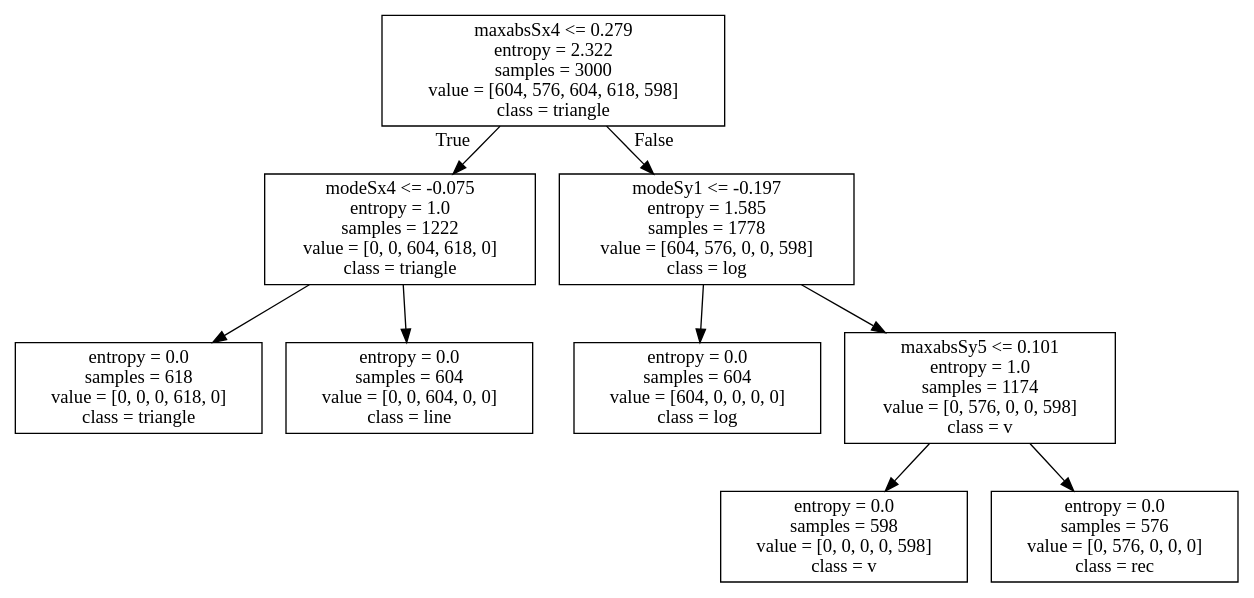
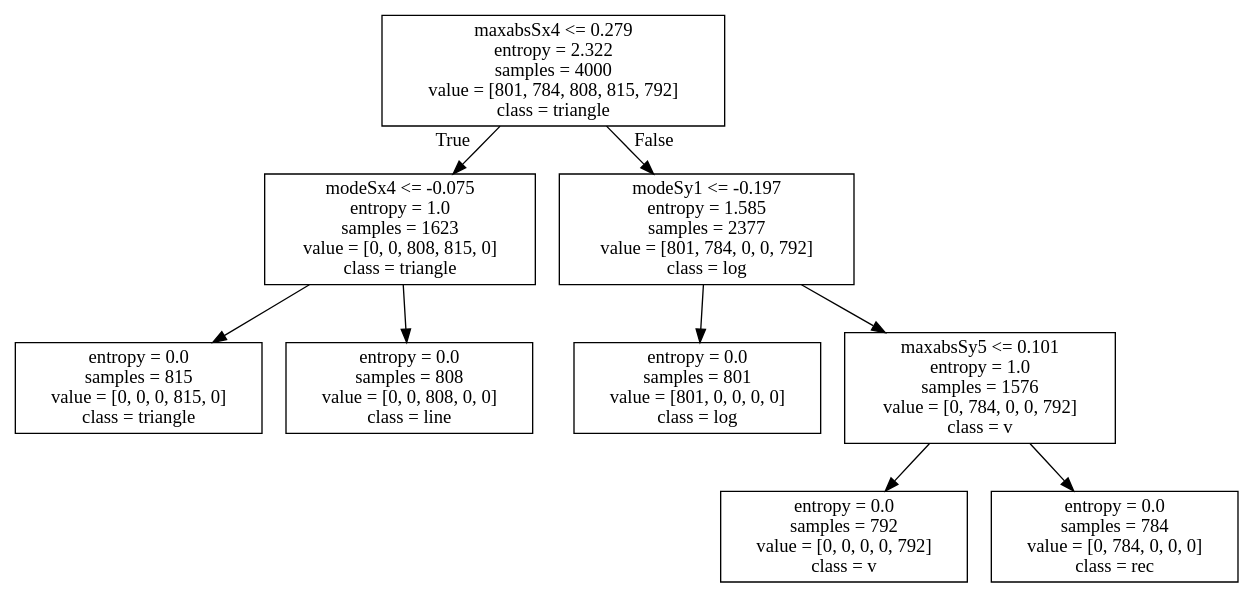
Before and after one commit to ArtemZaZ/trajectory-classifier: the diagram in doc/tree.dot, drawn with Graphviz. The commit also changed 4 other files, not shown here.

```diff
--- a/doc/tree.dot
+++ b/doc/tree.dot
@@ -1,20 +1,20 @@
 digraph Tree {
 node [shape=box] ;
-0 [label="maxabsSx4 <= 0.279\nentropy = 2.322\nsamples = 3000\nvalue = [604, 576, 604, 618, 598]\nclass = triangle"] ;
-1 [label="modeSx4 <= -0.075\nentropy = 1.0\nsamples = 1222\nvalue = [0, 0, 604, 618, 0]\nclass = triangle"] ;
+0 [label="maxabsSx4 <= 0.279\nentropy = 2.322\nsamples = 4000\nvalue = [801, 784, 808, 815, 792]\nclass = triangle"] ;
+1 [label="modeSx4 <= -0.075\nentropy = 1.0\nsamples = 1623\nvalue = [0, 0, 808, 815, 0]\nclass = triangle"] ;
 0 -> 1 [labeldistance=2.5, labelangle=45, headlabel="True"] ;
-2 [label="entropy = 0.0\nsamples = 618\nvalue = [0, 0, 0, 618, 0]\nclass = triangle"] ;
+2 [label="entropy = 0.0\nsamples = 815\nvalue = [0, 0, 0, 815, 0]\nclass = triangle"] ;
 1 -> 2 ;
-3 [label="entropy = 0.0\nsamples = 604\nvalue = [0, 0, 604, 0, 0]\nclass = line"] ;
+3 [label="entropy = 0.0\nsamples = 808\nvalue = [0, 0, 808, 0, 0]\nclass = line"] ;
 1 -> 3 ;
-4 [label="modeSy1 <= -0.197\nentropy = 1.585\nsamples = 1778\nvalue = [604, 576, 0, 0, 598]\nclass = log"] ;
+4 [label="modeSy1 <= -0.197\nentropy = 1.585\nsamples = 2377\nvalue = [801, 784, 0, 0, 792]\nclass = log"] ;
 0 -> 4 [labeldistance=2.5, labelangle=-45, headlabel="False"] ;
-5 [label="entropy = 0.0\nsamples = 604\nvalue = [604, 0, 0, 0, 0]\nclass = log"] ;
+5 [label="entropy = 0.0\nsamples = 801\nvalue = [801, 0, 0, 0, 0]\nclass = log"] ;
 4 -> 5 ;
-6 [label="maxabsSy5 <= 0.101\nentropy = 1.0\nsamples = 1174\nvalue = [0, 576, 0, 0, 598]\nclass = v"] ;
+6 [label="maxabsSy5 <= 0.101\nentropy = 1.0\nsamples = 1576\nvalue = [0, 784, 0, 0, 792]\nclass = v"] ;
 4 -> 6 ;
-7 [label="entropy = 0.0\nsamples = 598\nvalue = [0, 0, 0, 0, 598]\nclass = v"] ;
+7 [label="entropy = 0.0\nsamples = 792\nvalue = [0, 0, 0, 0, 792]\nclass = v"] ;
 6 -> 7 ;
-8 [label="entropy = 0.0\nsamples = 576\nvalue = [0, 576, 0, 0, 0]\nclass = rec"] ;
+8 [label="entropy = 0.0\nsamples = 784\nvalue = [0, 784, 0, 0, 0]\nclass = rec"] ;
 6 -> 8 ;
 }
```
